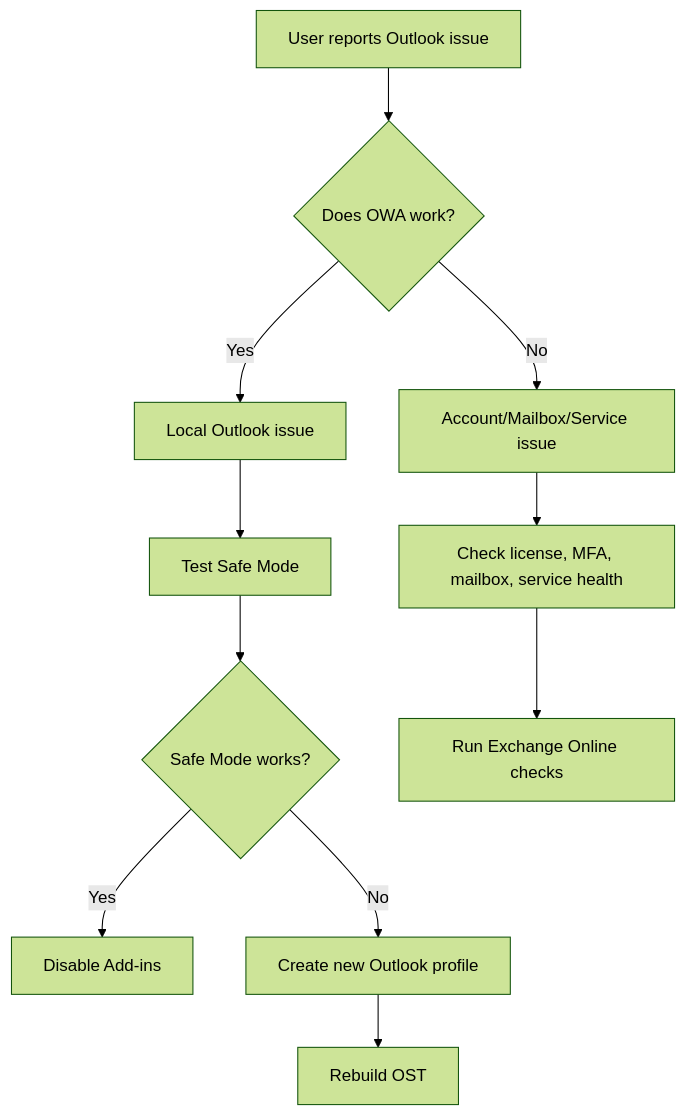
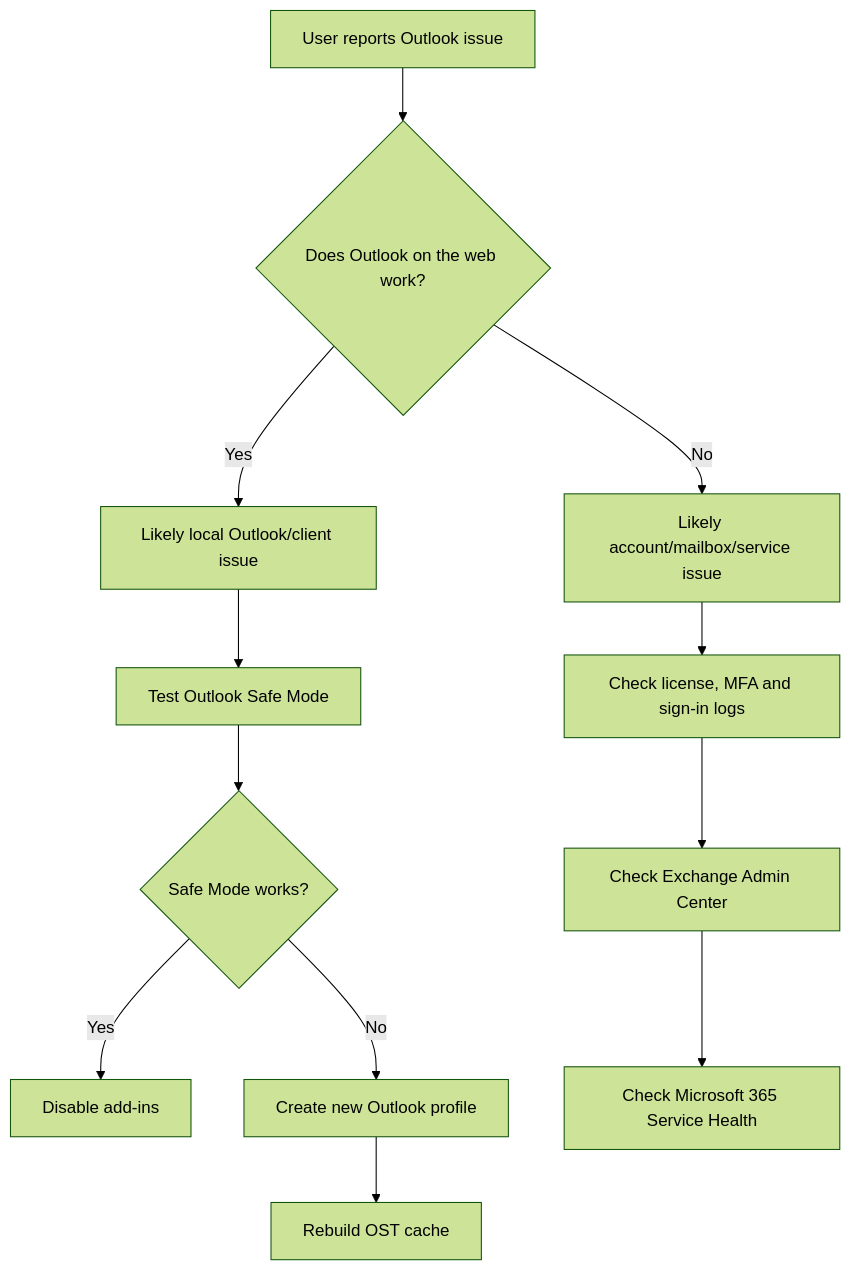
The diagram in Diagrams/Outlook-Troubleshooting-Flow.md (toannguyenitoz/IT-Support-Knowledge-Base), drawn with Mermaid (forest theme) before and after one commit. The commit also changed other lines of this file and 74 other files, not shown here.

````diff
--- a/Diagrams/Outlook-Troubleshooting-Flow.md
+++ b/Diagrams/Outlook-Troubleshooting-Flow.md
@@ -3,13 +3,14 @@
 ```mermaid
 flowchart TD
-    A[User reports Outlook issue] --> B{Does OWA work?}
-    B -- Yes --> C[Local Outlook issue]
-    B -- No --> D[Account/Mailbox/Service issue]
-    C --> E[Test Safe Mode]
-    E --> F{Safe Mode works?}
-    F -- Yes --> G[Disable Add-ins]
-    F -- No --> H[Create new Outlook profile]
-    H --> I[Rebuild OST]
-    D --> J[Check license, MFA, mailbox, service health]
-    J --> K[Run Exchange Online checks]
+A[User reports Outlook issue] --> B{Does Outlook on the web work?}
+B -- Yes --> C[Likely local Outlook/client issue]
+B -- No --> D[Likely account/mailbox/service issue]
+C --> E[Test Outlook Safe Mode]
+E --> F{Safe Mode works?}
+F -- Yes --> G[Disable add-ins]
+F -- No --> H[Create new Outlook profile]
+H --> I[Rebuild OST cache]
+D --> J[Check license, MFA and sign-in logs]
+J --> K[Check Exchange Admin Center]
+K --> L[Check Microsoft 365 Service Health]
 ```
````
